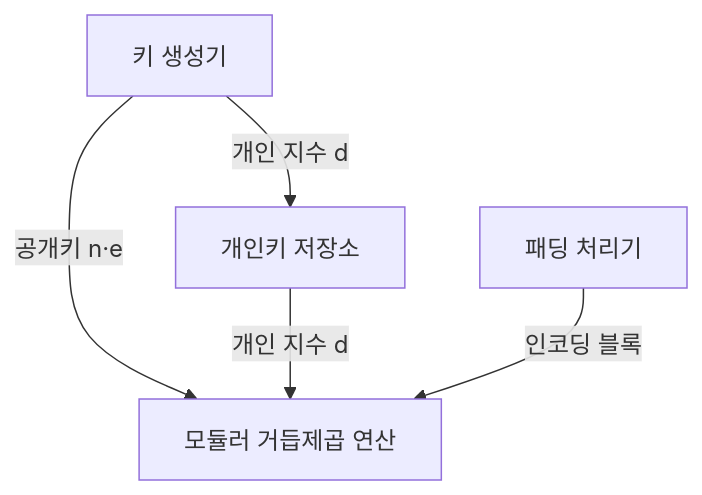
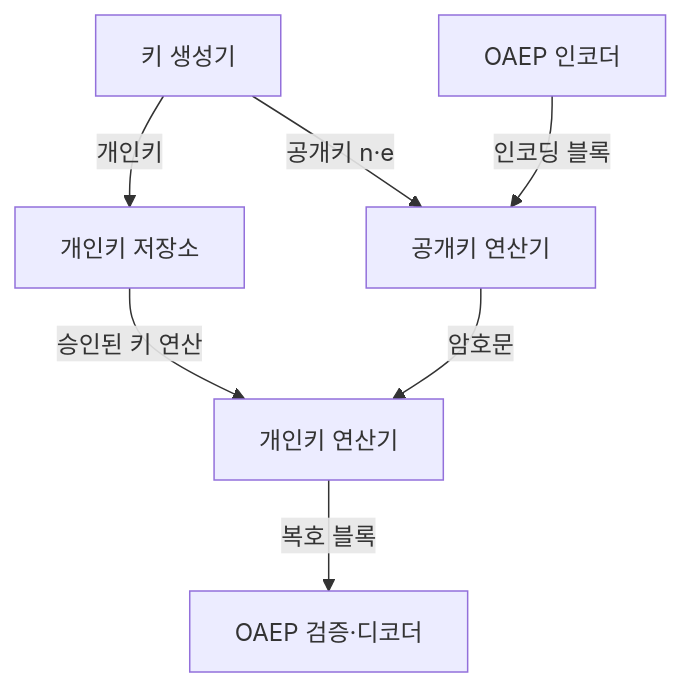
The first of 2 diagrams in src/content/docs/notes/01-basic-theory/059_crypto_math_rsa.md (agnusdei1207/knowledge-base), drawn with Mermaid before and after one commit. The commit also changed other lines of this file and 19 other files, not shown here.

````diff
--- a/src/content/docs/notes/01-basic-theory/059_crypto_math_rsa.md
+++ b/src/content/docs/notes/01-basic-theory/059_crypto_math_rsa.md
@@ -80,7 +81,9 @@
 ```mermaid
 flowchart TB
-    G["키 생성기"] -->|"개인 지수 d"| S["개인키 저장소"]
-    G -->|"공개키 n·e"| X["모듈러 거듭제곱 연산"]
-    S -->|"개인 지수 d"| X
-    P["패딩 처리기"] -->|"인코딩 블록"| X
+    G["키 생성기"] -->|"개인키"| S["개인키 저장소"]
+    G -->|"공개키 n·e"| X["공개키 연산기"]
+    S -->|"승인된 키 연산"| H["개인키 연산기"]
+    PE["OAEP 인코더"] -->|"인코딩 블록"| X
+    X -->|"암호문"| H
+    H -->|"복호 블록"| PD["OAEP 검증·디코더"]
 ```
````
